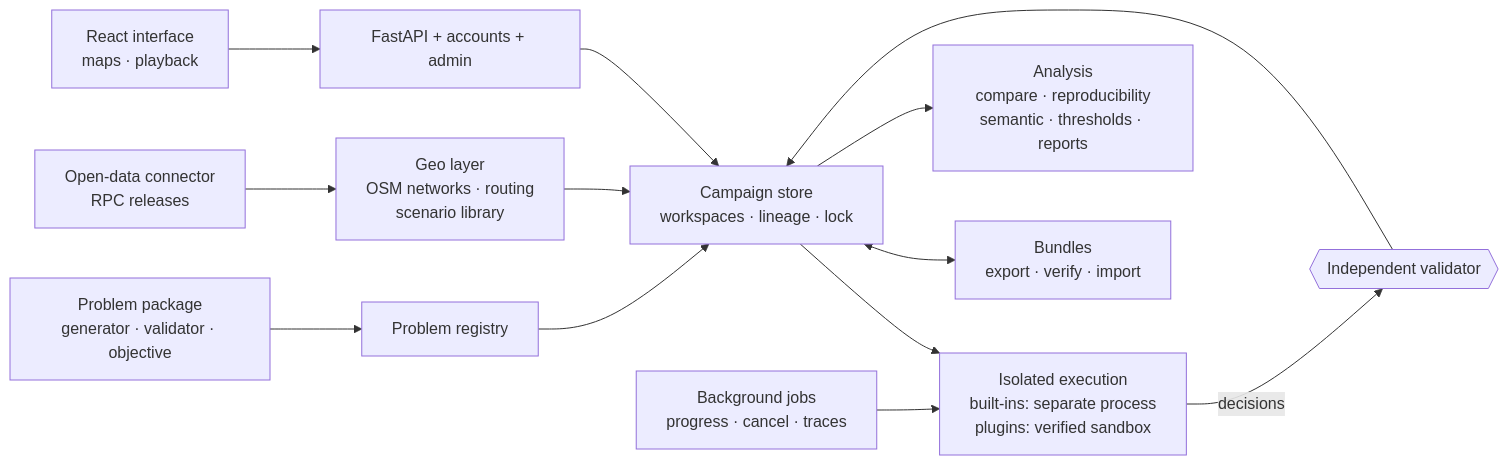
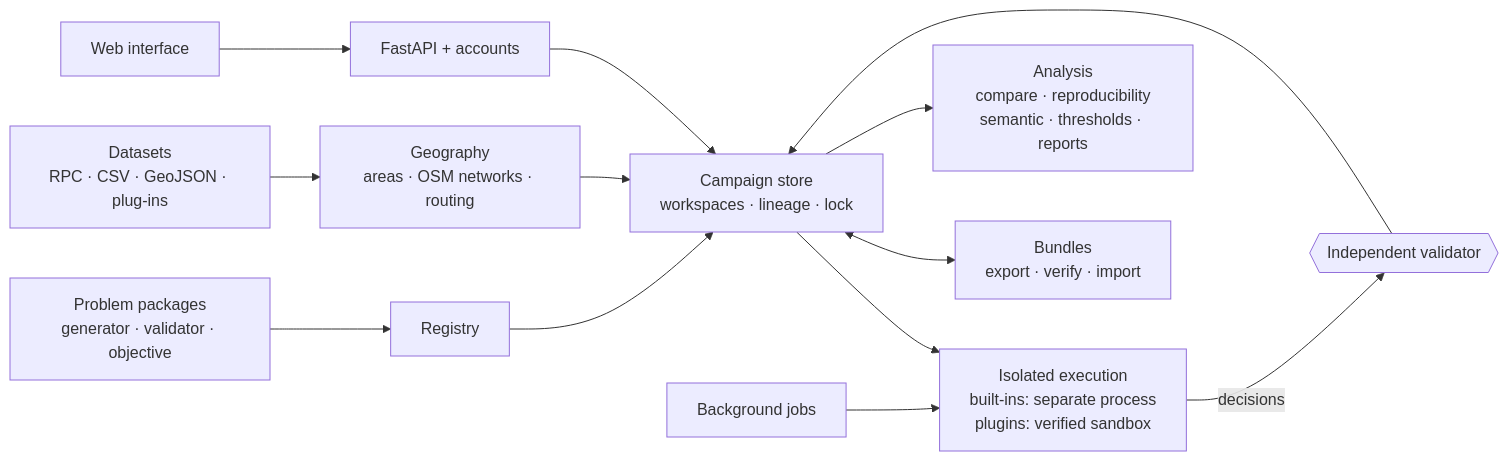
One commit to OkbaBenatia/move-openlab-framework changed the first of 2 diagrams in README.md. Above: the diagram before and after it, drawn with Mermaid. The commit also changed other lines of this file and 13 other files, not shown here.

````diff
--- a/README.md
+++ b/README.md
@@ -44,14 +46,13 @@
 ```mermaid
 flowchart LR
-  P[Problem package<br/>generator · validator · objective] --> R[Problem registry]
+  P[Problem packages<br/>generator · validator · objective] --> R[Registry]
   R --> S[Campaign store<br/>workspaces · lineage · lock]
   S --> X[Isolated execution<br/>built-ins: separate process<br/>plugins: verified sandbox]
   X -->|decisions| V{{Independent validator}} --> S
   S <--> B[Bundles<br/>export · verify · import]
   S --> A[Analysis<br/>compare · reproducibility<br/>semantic · thresholds · reports]
-  G[Geo layer<br/>OSM networks · routing<br/>scenario library] --> S
-  O[Open-data connector<br/>RPC releases] --> G
-  J[Background jobs<br/>progress · cancel · traces] --> X
-  API[FastAPI + accounts + admin] --> S
-  UI[React interface<br/>maps · playback] --> API
+  G[Geography<br/>areas · OSM networks · routing] --> S
+  D[Datasets<br/>RPC · CSV · GeoJSON · plug-ins] --> G
+  J[Background jobs] --> X
+  UI[Web interface] --> API[FastAPI + accounts] --> S
 ```
````
